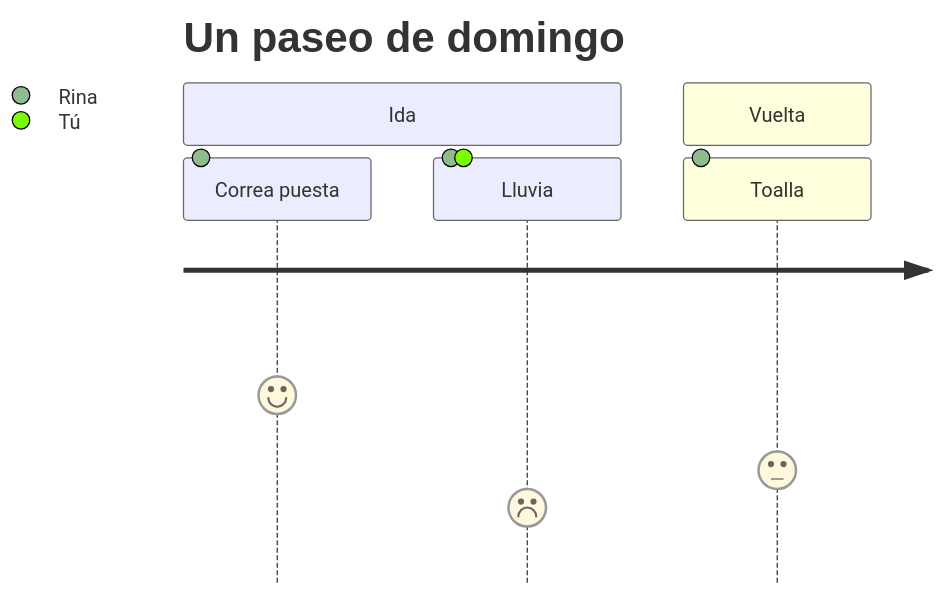
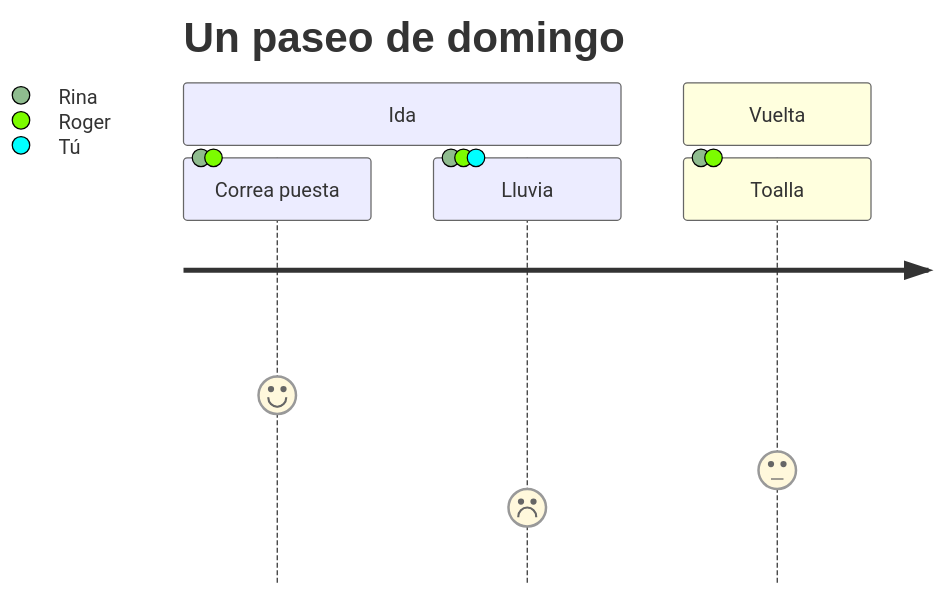
The eighth of 13 diagrams in app/src-tauri/resources/guide/es/muestra.md (rgdevment/Tisty), drawn with Mermaid before and after one commit. The commit also changed other lines of this file and 4 other files, not shown here.

Commit message:
docs(guide): what Rina and Roger share names them both, while each keeps their own card and photo

````diff
--- a/app/src-tauri/resources/guide/es/muestra.md
+++ b/app/src-tauri/resources/guide/es/muestra.md
@@ -175,9 +175,9 @@
 ```mermaid
 journey
   title Un paseo de domingo
   section Ida
-    Correa puesta: 5: Rina
-    Lluvia: 2: Rina, Tú
+    Correa puesta: 5: Rina, Roger
+    Lluvia: 2: Rina, Roger, Tú
   section Vuelta
-    Toalla: 3: Rina
+    Toalla: 3: Rina, Roger
 ```
````
